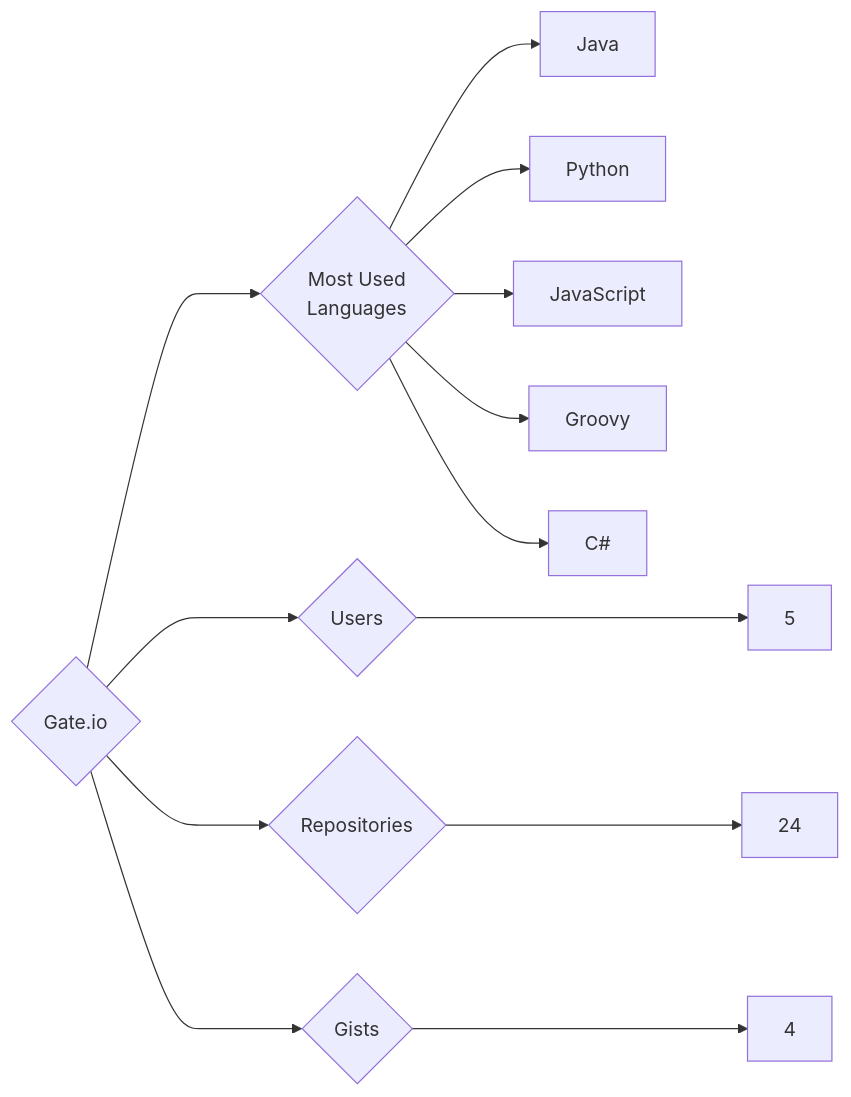
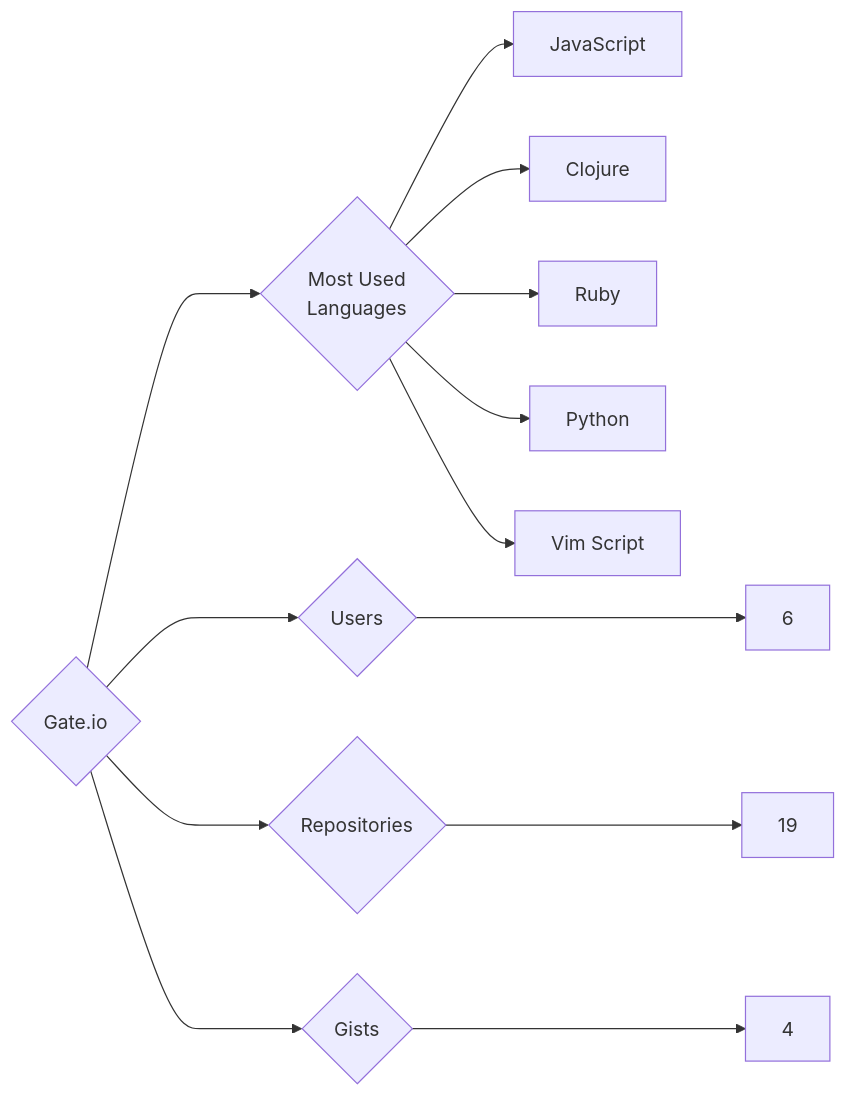
One commit to trickest/insiders changed the diagram in targets/Gate.io/README.md. Above: the diagram before and after it, drawn with Mermaid. The commit also changed 1148 other files, not shown here.

````diff
--- a/targets/Gate.io/README.md
+++ b/targets/Gate.io/README.md
@@ -3,13 +3,13 @@
 ```mermaid
 graph LR
 COMPANY_NAME{Gate.io}
-COMPANY_NAME ---> U{Users} ---> UN[5]
-COMPANY_NAME ---> R{Repositories} ---> RN[24]
+COMPANY_NAME ---> U{Users} ---> UN[6]
+COMPANY_NAME ---> R{Repositories} ---> RN[19]
 COMPANY_NAME ---> G{Gists} ---> GN[4]
 COMPANY_NAME ---> ML{Most Used<br>Languages}
-ML --> Java[Java]
+ML --> JavaScript[JavaScript]
+ML --> Clojure[Clojure]
+ML --> Ruby[Ruby]
 ML --> Python[Python]
-ML --> JavaScript[JavaScript]
-ML --> Groovy[Groovy]
-ML --> C#[C#]
+ML --> Vim_Script[Vim Script]
 ```
````
